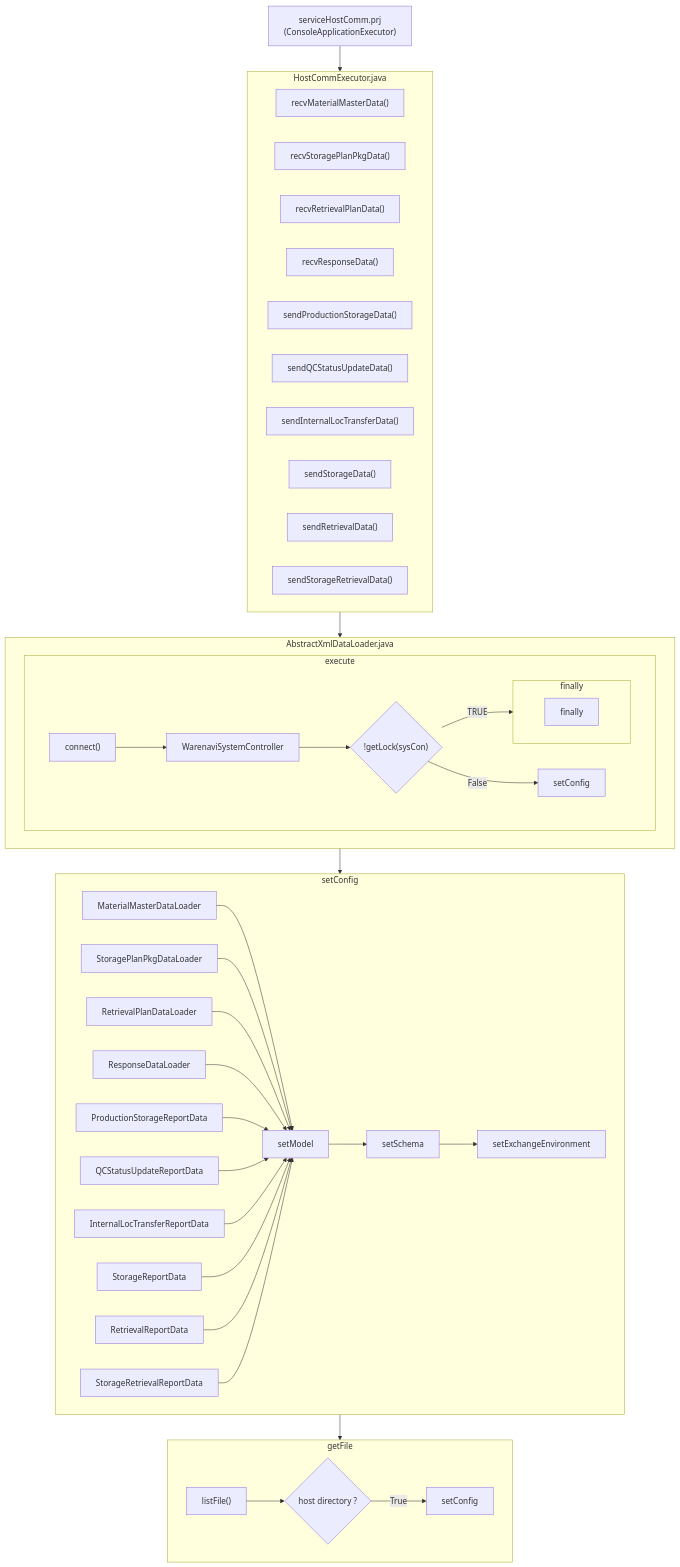
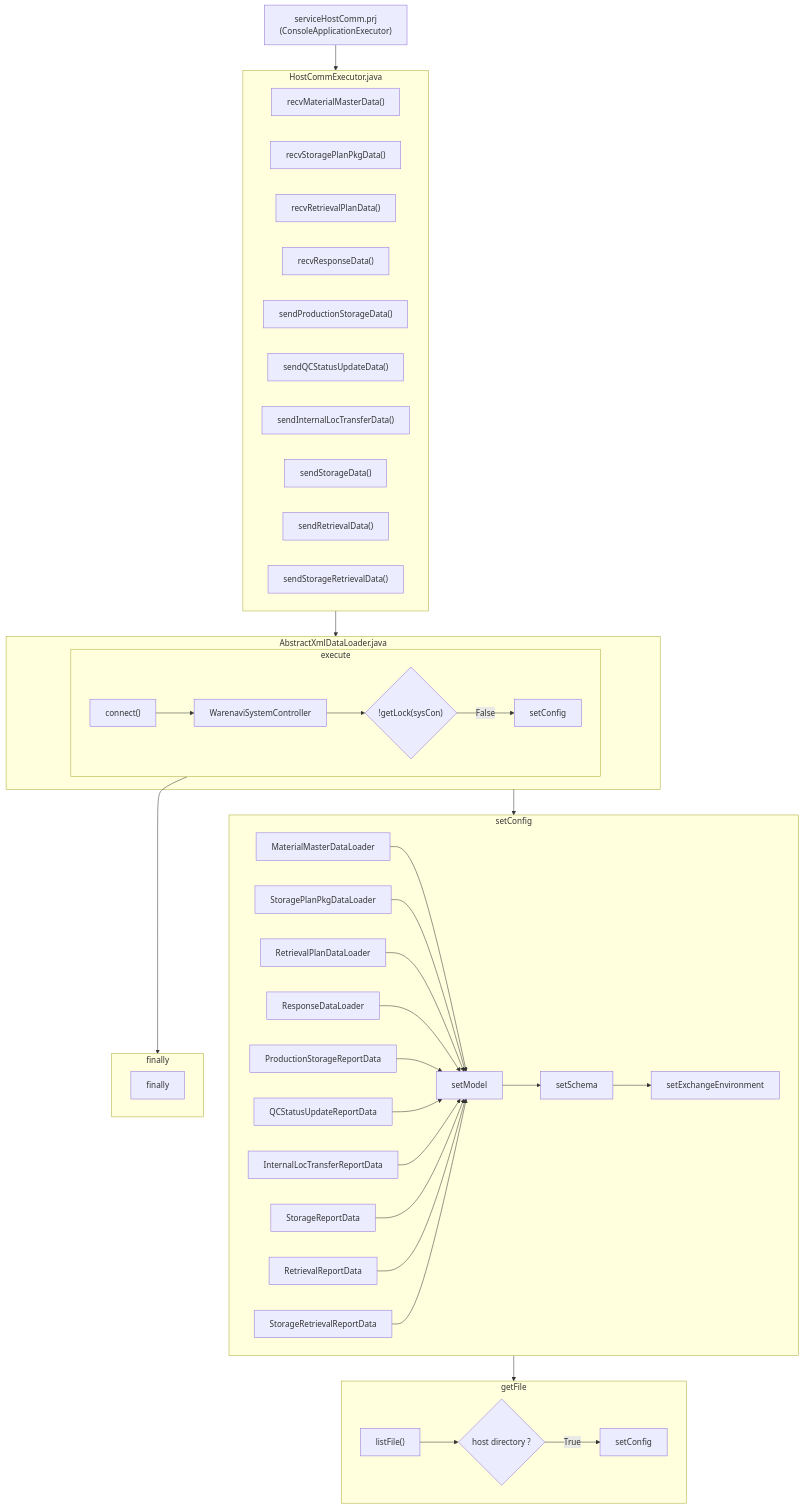
Before and after one commit to luthfiadityaa/SimeDarby-Wiki: the diagram in Basic-Design/Host-Interfaces.md, drawn with Mermaid.

Commit message:
Updated Host Interfaces

```diff
--- a/Basic-Design/Host-Interfaces.md
+++ b/Basic-Design/Host-Interfaces.md
@@ -30,78 +30,78 @@
 ::: mermaid
 flowchart TD
  C1["serviceHostComm.prj<br>(ConsoleApplicationExecutor)"]           
  C1 --> HostCommExecutor.java
  AbstractXmlDataLoader.java
  HostCommExecutor.java --> AbstractXmlDataLoader.java
  AbstractXmlDataLoader.java --> setConfig
  setConfig --> getFile
+ execute --> finally
 
 subgraph HostCommExecutor.java
  C2["recvMaterialMasterData()"]
  C3["recvStoragePlanPkgData()"]
  C4["recvRetrievalPlanData()"]
  C5["recvResponseData()"]
  C6["sendProductionStorageData()"]
  C7["sendQCStatusUpdateData()"]
  C8["sendInternalLocTransferData()"]
  C9["sendStorageData()"]
  C10["sendRetrievalData()"]
  C11["sendStorageRetrievalData()"]
 end
 
 subgraph AbstractXmlDataLoader.java
  execute        
 end
 
 subgraph execute
  C13["connect()"]
  C14["WarenaviSystemController"]
  
  Cond1{"!getLock(sysCon)"} 
 
  C16["setConfig"]
 
  C13 --> C14 --> Cond1
  Cond1 --> |False| C16   
- Cond1 --> |TRUE| finally
 end
 
 subgraph setConfig
 
  E11["setModel"]
  E12["setSchema"]
  E13["setExchangeEnvironment"]
 
  E11--> E12 --> E13
 
  C21["MaterialMasterDataLoader"] --> E11
  C22["StoragePlanPkgDataLoader"] --> E11
  C23["RetrievalPlanDataLoader"] --> E11
  C24["ResponseDataLoader"] --> E11
  C25["ProductionStorageReportData"] --> E11
  C26["QCStatusUpdateReportData"] --> E11
  C27["InternalLocTransferReportData"] --> E11
  C28["StorageReportData"] --> E11
  C29["RetrievalReportData"] --> E11
  C30["StorageRetrievalReportData"] --> E11
             
 end
 
 subgraph getFile
  C31["listFile()"]    
 
  Cond2{"host directory ?"}   
 
  C32["setConfig"]
 
  C31 --> Cond2
 
 Cond2 --> |True| C32
 
 end
 
 subgraph finally
  C15["finally"]
 end
 
 :::
```
